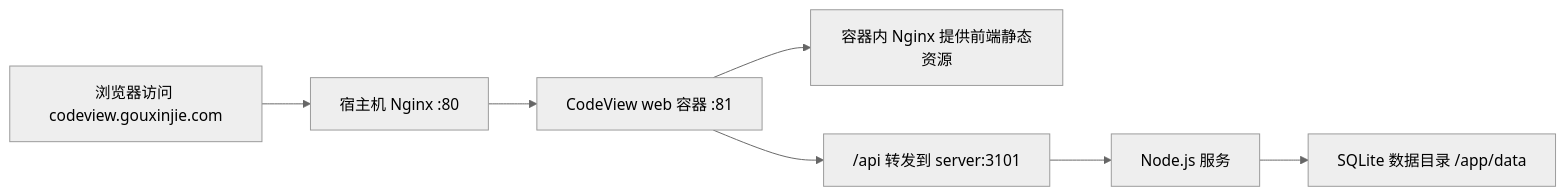
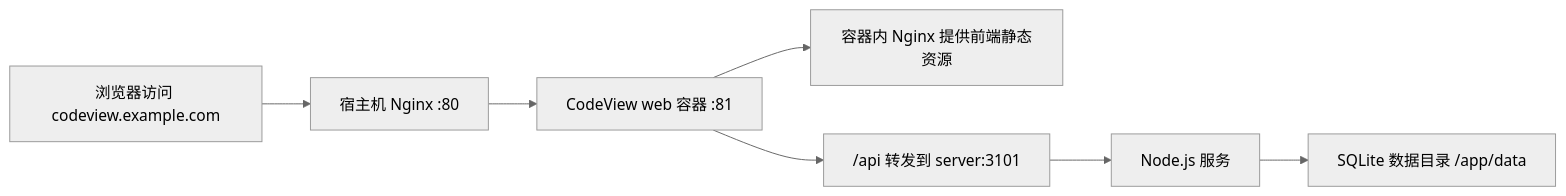
One commit to gouxinjie/codeview changed the second of 2 diagrams in docx/CodeView部署实战博客.md. Above: the diagram before and after it, drawn with Mermaid (neutral theme). The commit also changed other lines of this file and 8 other files, not shown here.

````diff
--- a/docx/CodeView部署实战博客.md
+++ b/docx/CodeView部署实战博客.md
@@ -231,9 +226,9 @@
 ```mermaid
 flowchart LR
-    A["浏览器访问 codeview.gouxinjie.com"] --> B["宿主机 Nginx :80"]
+    A["浏览器访问 codeview.example.com"] --> B["宿主机 Nginx :80"]
     B --> C["CodeView web 容器 :81"]
     C --> D["容器内 Nginx 提供前端静态资源"]
     C --> E["/api 转发到 server:3101"]
     E --> F["Node.js 服务"]
     F --> G["SQLite 数据目录 /app/data"]
 ```
````
